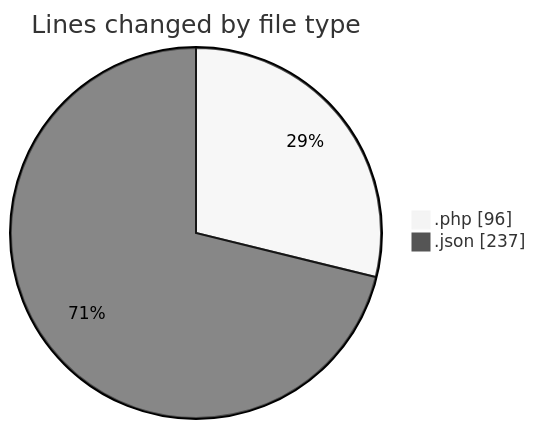
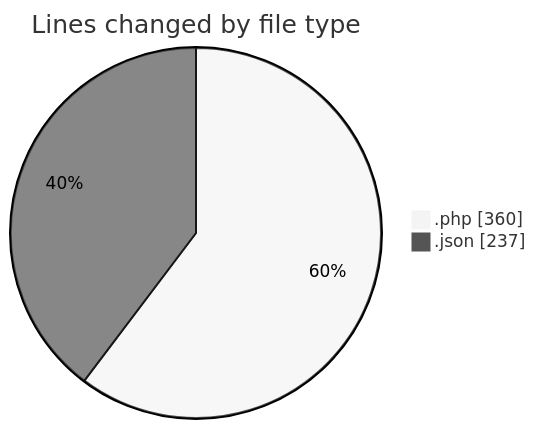
One commit to idhammustaqopulfikri/code-tracking changed the first of 2 diagrams in 2025-06-09/studio-backend/README.md. Above: the diagram before and after it, drawn with Mermaid (neutral theme). The commit also changed other lines of this file and 1 other file, not shown here.

````diff
--- a/2025-06-09/studio-backend/README.md
+++ b/2025-06-09/studio-backend/README.md
@@ -21,6 +23,6 @@
 ```mermaid
 pie showData
 title Lines changed by file type
-".php" : 96
+".php" : 360
 ".json" : 237
 ```
````
